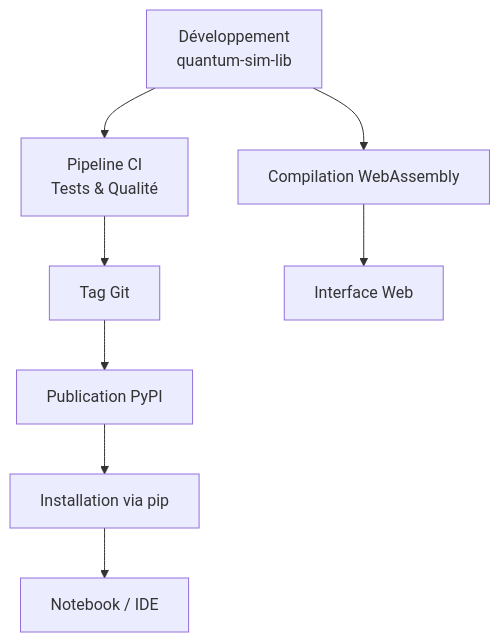
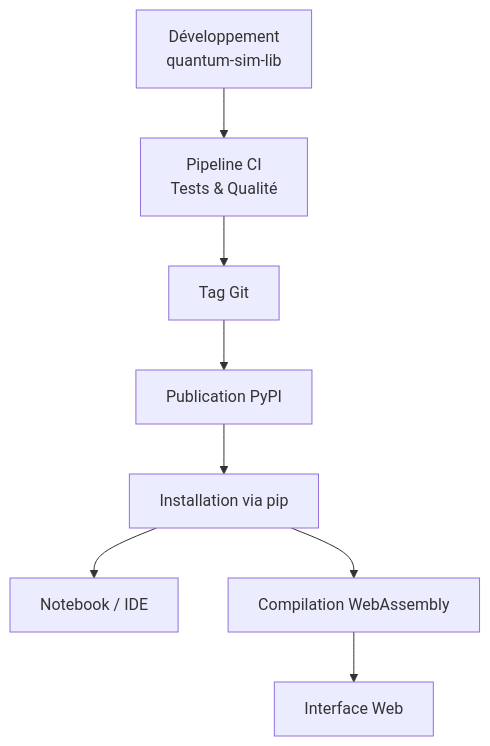
The first of 3 diagrams in docs/architecture.md (UgoW/QUANTUM-SIM), drawn with Mermaid before and after one commit.

Commit message:
fix: update graph flow

````diff
--- a/docs/architecture.md
+++ b/docs/architecture.md
@@ -22,20 +22,20 @@
 ```mermaid
 graph TD
 
     A[Développement<br>quantum-sim-lib]
 
     A --> B[Pipeline CI<br>Tests & Qualité]
 
     B --> C[Tag Git]
 
     C --> D[Publication PyPI]
 
     D --> E[Installation via pip]
 
     E --> F[Notebook / IDE]
 
-    A --> G[Compilation WebAssembly]
+    E --> G[Compilation WebAssembly]
 
     G --> H[Interface Web]
 
 ```
````
